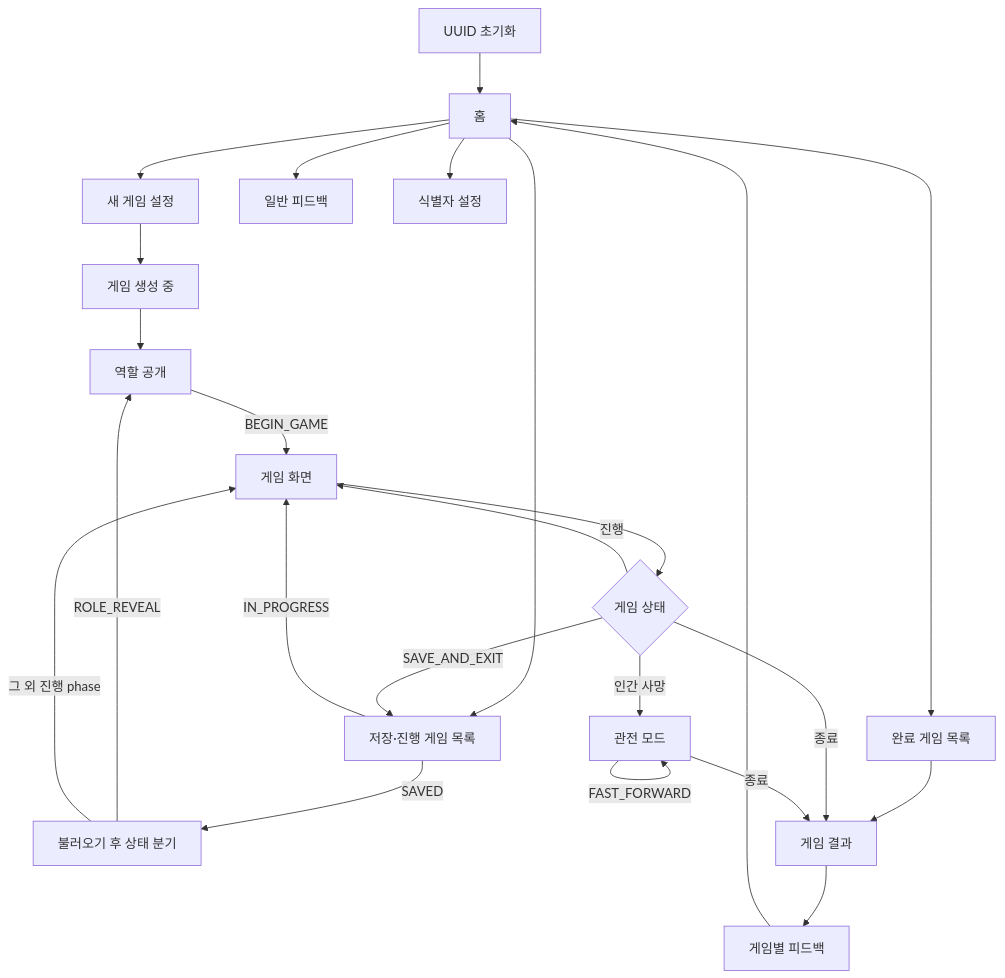
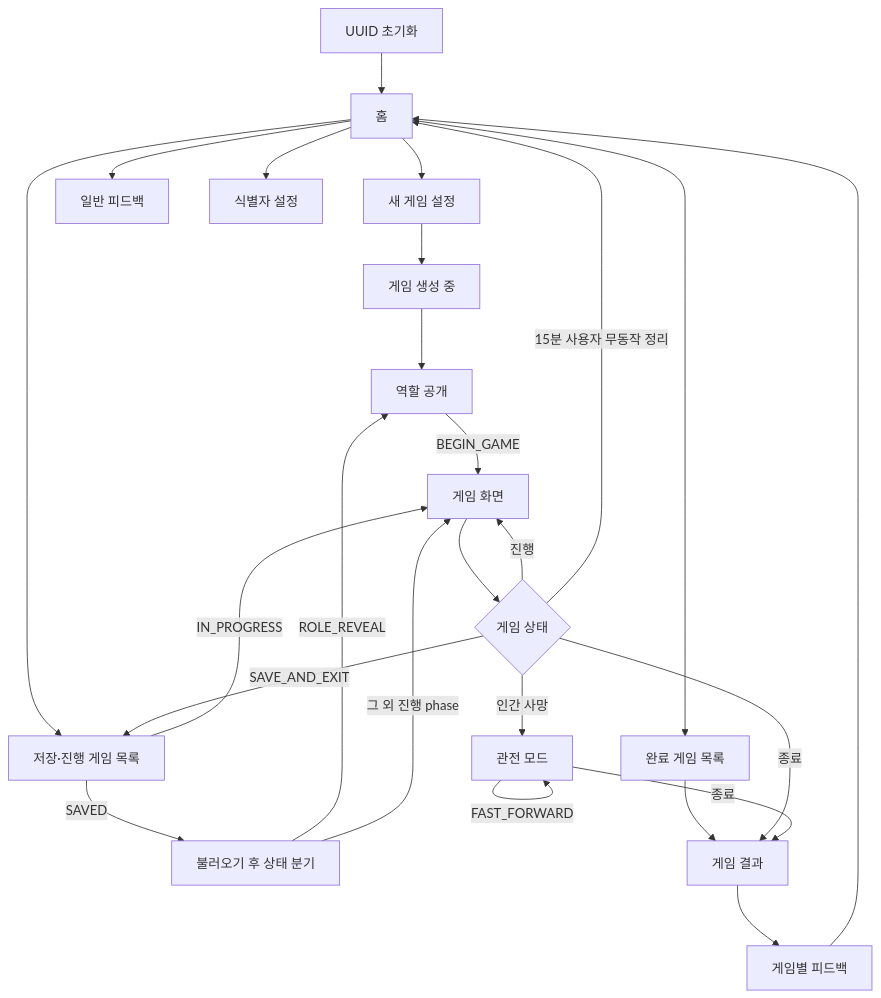
The second of 4 diagrams in docs/개발상세플랜/AI_MAFIA_SCREEN_FLOW.md (SHS5029/Team4_Proj_0831), drawn with Mermaid before and after one commit. The commit also changed other lines of this file and 68 other files, not shown here.

````diff
--- a/docs/개발상세플랜/AI_MAFIA_SCREEN_FLOW.md
+++ b/docs/개발상세플랜/AI_MAFIA_SCREEN_FLOW.md
@@ -99,30 +99,31 @@
 ```mermaid
 flowchart TD
     A[UUID 초기화] --> B[홈]
     B --> C[새 게임 설정]
     B --> D[저장·진행 게임 목록]
     B --> E[완료 게임 목록]
     B --> F[일반 피드백]
     B --> G[식별자 설정]
 
     C --> H[게임 생성 중]
     H --> I[역할 공개]
     I -->|BEGIN_GAME| J[게임 화면]
 
     D -->|IN_PROGRESS| J
     D -->|SAVED| O[불러오기 후 상태 분기]
     O -->|ROLE_REVEAL| I
     O -->|그 외 진행 phase| J
     E --> K[게임 결과]
 
     J --> L{게임 상태}
     L -->|진행| J
     L -->|SAVE_AND_EXIT| D
     L -->|인간 사망| M[관전 모드]
     L -->|종료| K
+    L -->|15분 사용자 무동작 정리| B
     M -->|일반 진행| M
     M -->|FAST_FORWARD| M
     M -->|종료| K
     K --> N[게임별 피드백]
     N --> B
 ```
````
